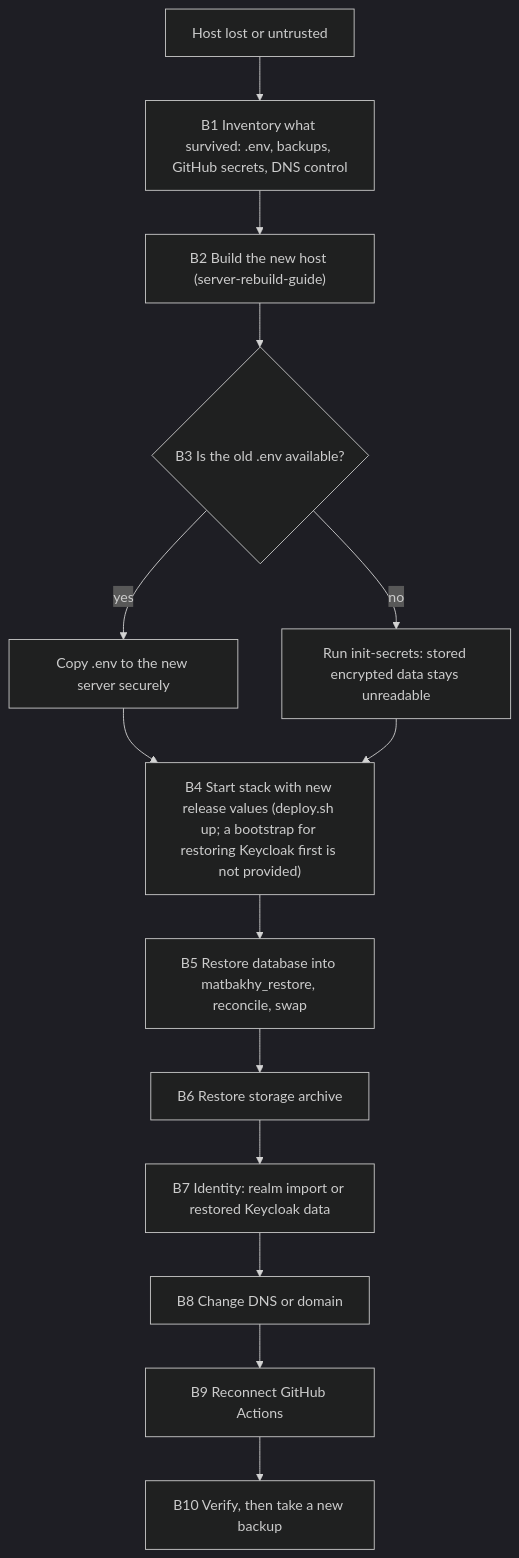
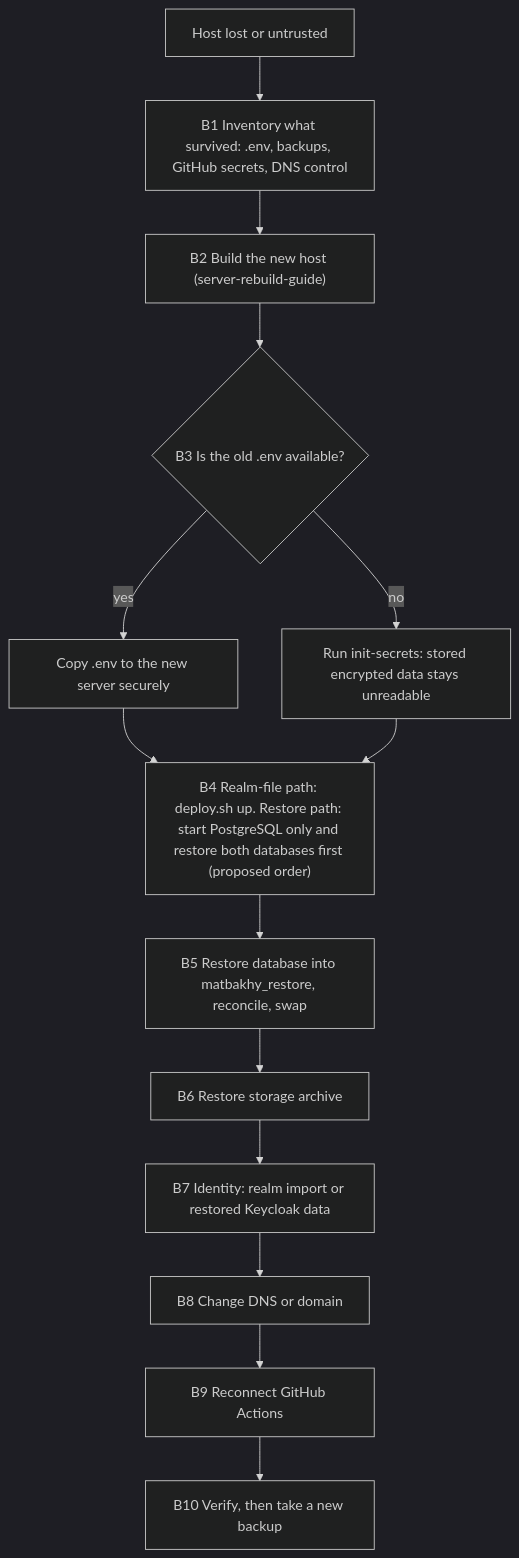
One commit to afawzy70/Matbakhy-v1 changed the diagram in docs/developer-handbook/08-infrastructure/backup-restore-disaster-recovery-ar.md. Above: the diagram before and after it, drawn with Mermaid (dark theme). The commit also changed other lines of this file and 23 other files, not shown here.

First line of the commit message:
Infrastructure handbook: complete recovery sequence design (PLANNED, not rehearsed), round-6 review and conformance fixes, parity with the observed host

````diff
--- a/docs/developer-handbook/08-infrastructure/backup-restore-disaster-recovery-ar.md
+++ b/docs/developer-handbook/08-infrastructure/backup-restore-disaster-recovery-ar.md
@@ -142,16 +142,16 @@
 ```mermaid
 flowchart TD
     start["Host lost or untrusted"] --> inv["B1 Inventory what survived: .env, backups, GitHub secrets, DNS control"]
     inv --> host["B2 Build the new host (server-rebuild-guide)"]
     host --> keep{"B3 Is the old .env available?"}
     keep -->|"yes"| copy["Copy .env to the new server securely"]
     keep -->|"no"| fresh["Run init-secrets: stored encrypted data stays unreadable"]
-    copy --> up["B4 Start stack with new release values (deploy.sh up; a bootstrap for restoring Keycloak first is not provided)"]
+    copy --> up["B4 Realm-file path: deploy.sh up. Restore path: start PostgreSQL only and restore both databases first (proposed order)"]
     fresh --> up
     up --> db["B5 Restore database into matbakhy_restore, reconcile, swap"]
     db --> stor["B6 Restore storage archive"]
     stor --> id["B7 Identity: realm import or restored Keycloak data"]
     id --> dns["B8 Change DNS or domain"]
     dns --> gh["B9 Reconnect GitHub Actions"]
     gh --> verify["B10 Verify, then take a new backup"]
 ```
````
